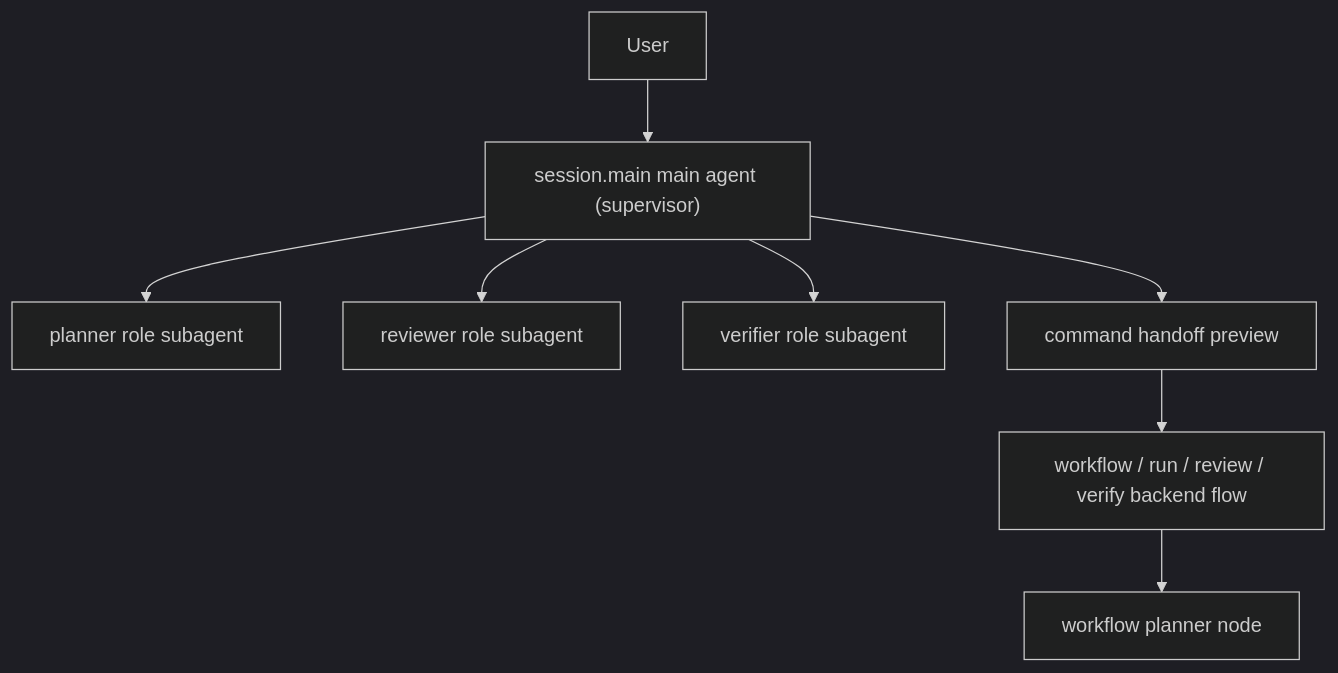
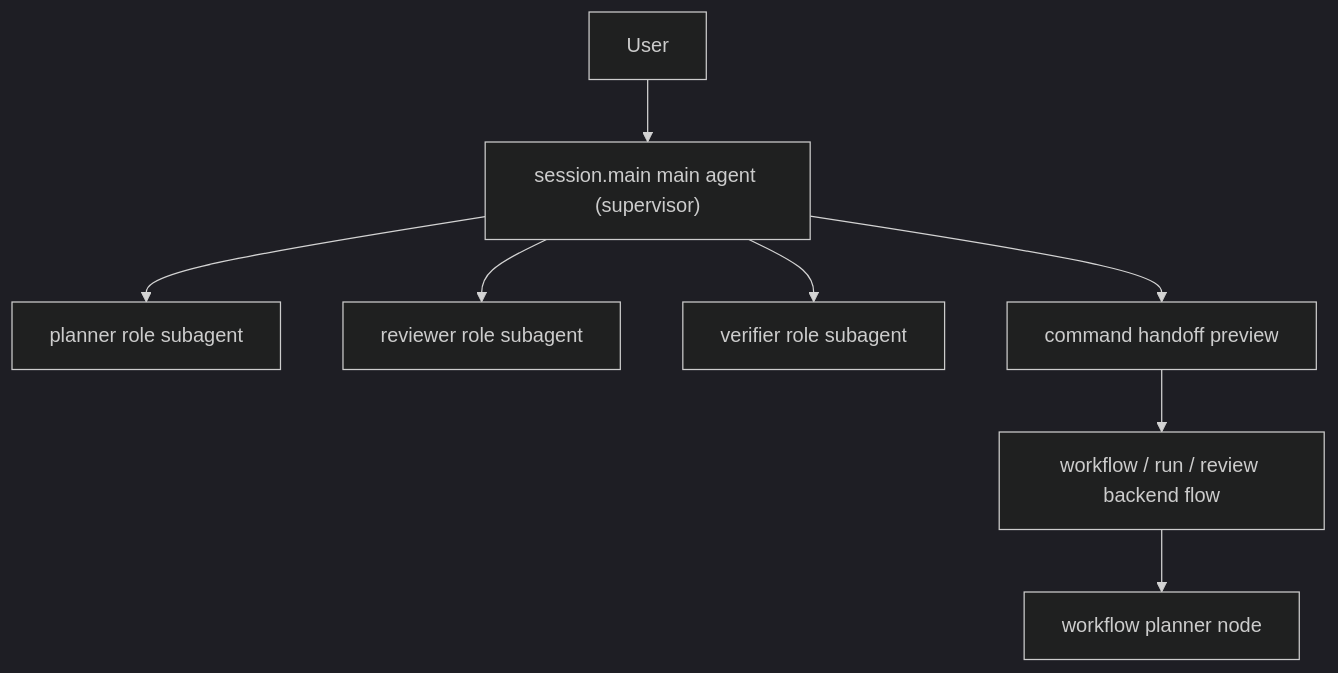
Before and after one commit to JimmyDaddy/repo-ai-governor: the diagram in .repo-ai-governor/normative_knowledge_sources/technical-solutions/runtime-orchestration/adrs/session-main-supervisor-and-role-subagent-collaboration.md, drawn with Mermaid (dark theme). The commit also changed other lines of this file and 111 other files, not shown here.

````diff
--- a/.repo-ai-governor/normative_knowledge_sources/technical-solutions/runtime-orchestration/adrs/session-main-supervisor-and-role-subagent-collaboration.md
+++ b/.repo-ai-governor/normative_knowledge_sources/technical-solutions/runtime-orchestration/adrs/session-main-supervisor-and-role-subagent-collaboration.md
@@ -135,10 +135,10 @@
 ```mermaid
 flowchart TD
   U["User"] --> M["session.main main agent (supervisor)"]
   M --> P["planner role subagent"]
   M --> R["reviewer role subagent"]
   M --> V["verifier role subagent"]
   M --> H["command handoff preview"]
-  H --> W["workflow / run / review / verify backend flow"]
+  H --> W["workflow / run / review backend flow"]
   W --> N["workflow planner node"]
 ```
````
